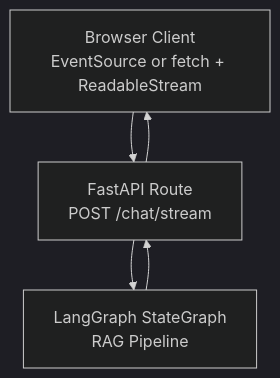
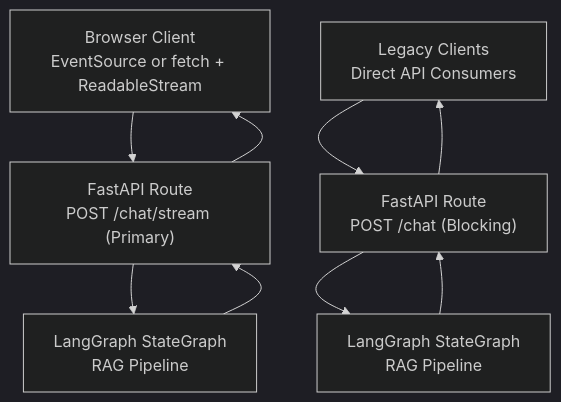
Before and after one commit to genes8/private-ai: the first of 8 diagrams in .qoder/repowiki/en/content/API Reference/Chat API/Streaming Chat Endpoint.md, drawn with Mermaid (dark theme). The commit also changed other lines of this file and 12 other files, not shown here.

````diff
--- a/.qoder/repowiki/en/content/API Reference/Chat API/Streaming Chat Endpoint.md
+++ b/.qoder/repowiki/en/content/API Reference/Chat API/Streaming Chat Endpoint.md
@@ -45,7 +52,11 @@
 ```mermaid
 graph TB
-Client["Browser Client<br/>EventSource or fetch + ReadableStream"] --> API["FastAPI Route<br/>POST /chat/stream"]
+Client["Browser Client<br/>EventSource or fetch + ReadableStream"] --> API["FastAPI Route<br/>POST /chat/stream (Primary)"]
 API --> Graph["LangGraph StateGraph<br/>RAG Pipeline"]
 Graph --> API
 API --> Client
+Client2["Legacy Clients<br/>Direct API Consumers"] --> API2["FastAPI Route<br/>POST /chat (Blocking)"]
+API2 --> Graph2["LangGraph StateGraph<br/>RAG Pipeline"]
+Graph2 --> API2
+API2 --> Client2
 ```
````
